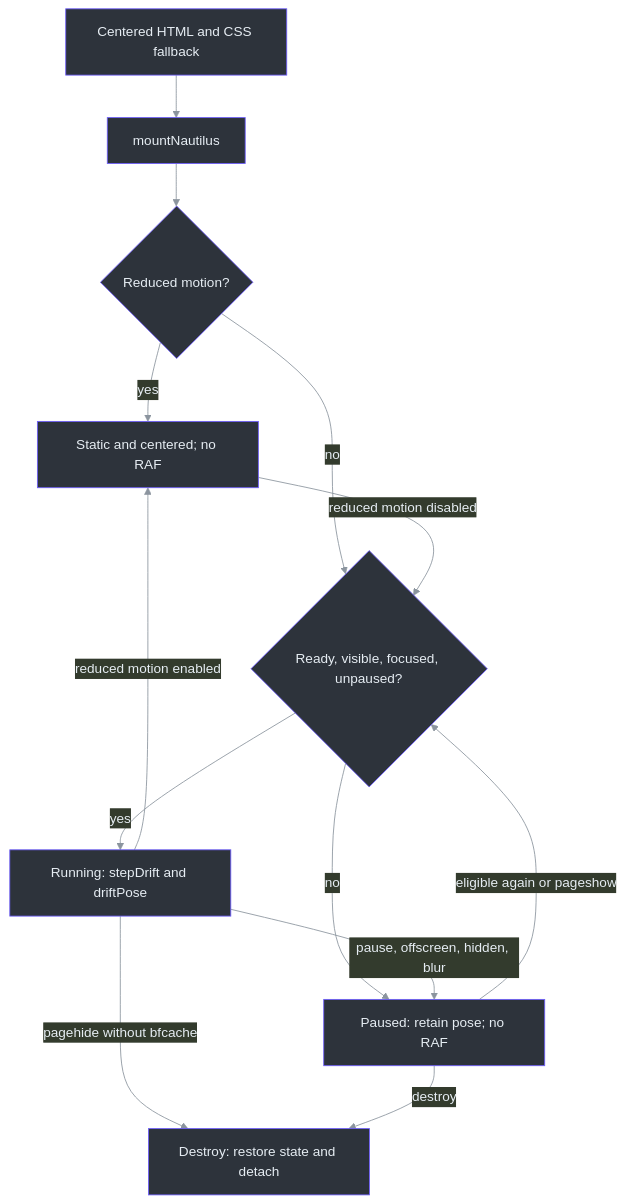
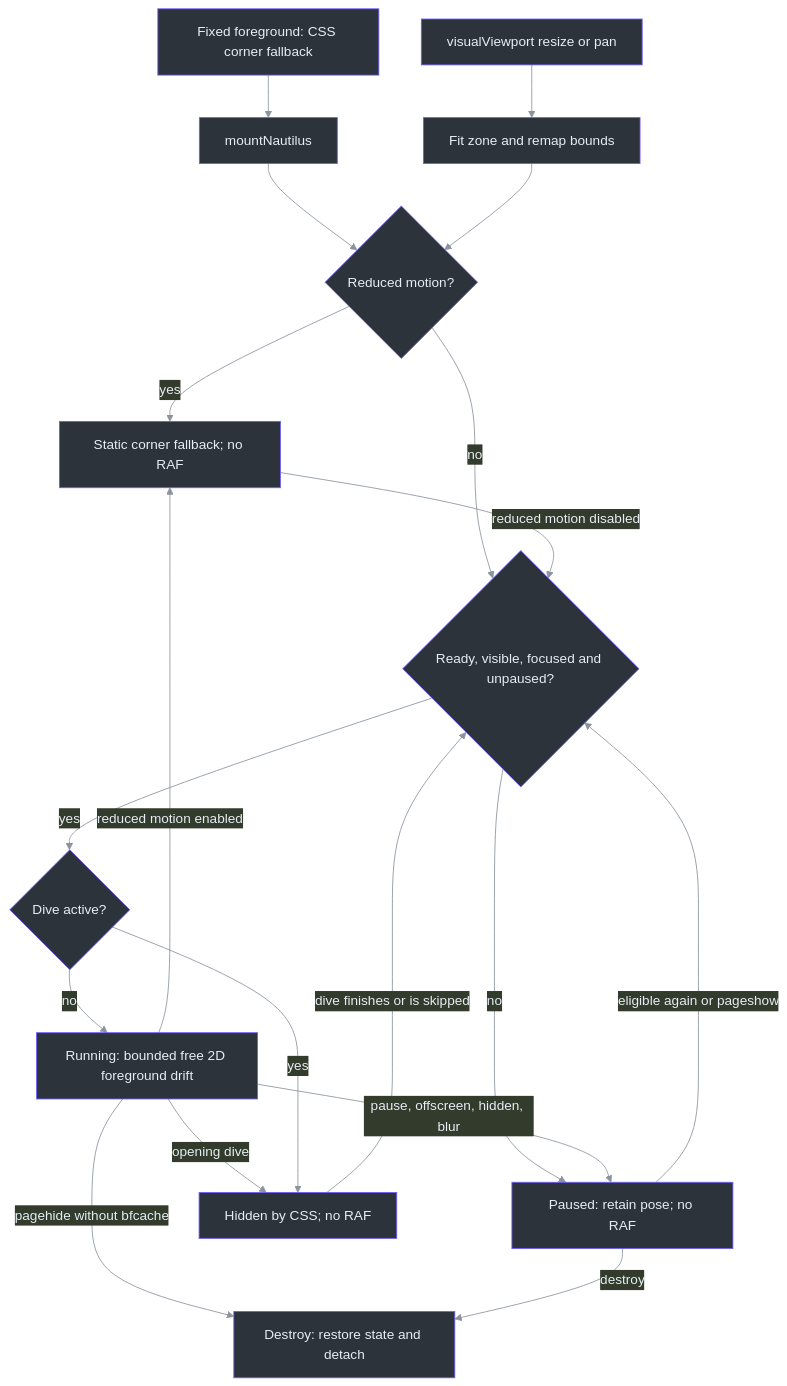
One commit to Zanark/DeepSeaFoam changed the second of 2 diagrams in docs/SHOWCASE.md. Above: the diagram before and after it, drawn with Mermaid. The commit also changed other lines of this file and 51 other files, not shown here.

First line of the commit message:
Add seven app themes and free-roaming foreground nautilus

````diff
--- a/docs/SHOWCASE.md
+++ b/docs/SHOWCASE.md
@@ -75,29 +80,35 @@
 ```mermaid
 ---
 config:
   theme: base
   themeVariables:
     background: "#161b22"
     primaryColor: "#2d333b"
     primaryBorderColor: "#6d5dfc"
     primaryTextColor: "#e6edf3"
     lineColor: "#8b949e"
 ---
 flowchart TD
   accTitle: Nautilus motion lifecycle
-  accDescr: The default fish is centered. Reduced motion stays static; pause and visibility suspend the current pose. Eligible motion resumes without catching up, and destruction removes listeners.
-  F["Centered HTML and CSS fallback"] --> M["mountNautilus"]
+  accDescr: The fixed foreground fish has a static lower-right corner fallback. Reduced motion restores that fallback; pause retains the current pose. The opening dive hides the fish, viewport events refit it, and eligible motion resumes without catching up.
+  F["Fixed foreground: CSS corner fallback"] --> M["mountNautilus"]
   M --> Q{"Reduced motion?"}
-  Q -->|yes| S["Static and centered; no RAF"]
-  Q -->|no| E{"Ready, visible, focused, unpaused?"}
-  E -->|yes| R["Running: stepDrift and driftPose"]
+  Q -->|yes| S["Static corner fallback; no RAF"]
+  Q -->|no| E{"Ready, visible, focused and unpaused?"}
+  E -->|yes| J{"Dive active?"}
+  J -->|no| R["Running: bounded free 2D foreground drift"]
   E -->|no| P["Paused: retain pose; no RAF"]
   R -->|pause, offscreen, hidden, blur| P
+  R -->|opening dive| I["Hidden by CSS; no RAF"]
+  J -->|yes| I
+  I -->|dive finishes or is skipped| E
   R -->|reduced motion enabled| S
   S -->|reduced motion disabled| E
   P -->|eligible again or pageshow| E
+  V["visualViewport resize or pan"] --> T["Fit zone and remap bounds"]
+  T --> Q
   R -->|pagehide without bfcache| D["Destroy: restore state and detach"]
   P -->|destroy| D
   classDef default fill:#2d333b,stroke:#6d5dfc,color:#e6edf3
   linkStyle default stroke:#8b949e
 ```
````
